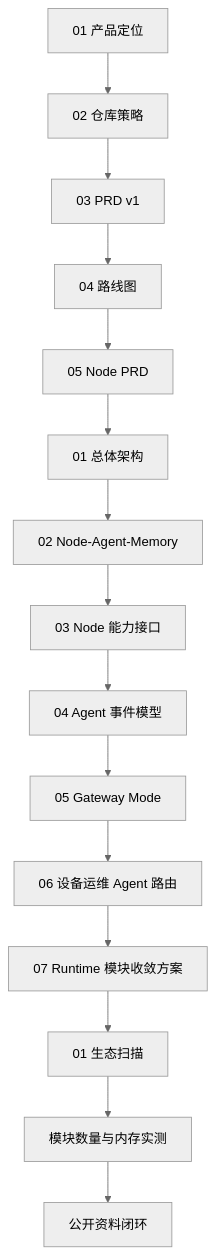
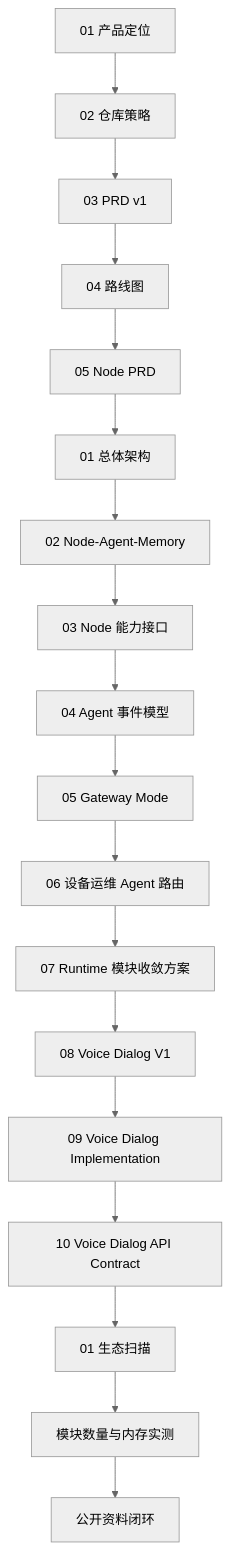
Before and after one commit to LiteChipCloud/qpyclaw: the diagram in docs/product/00-doc-index.md, drawn with Mermaid (neutral theme). The commit also changed other lines of this file and 9 other files, not shown here.

First line of the commit message:
docs: voice dialog architecture, API contract, sidecar deployment config

````diff
--- a/docs/product/00-doc-index.md
+++ b/docs/product/00-doc-index.md
@@ -24,17 +27,20 @@
 ```mermaid
 flowchart TD
   A["01 产品定位"] --> B["02 仓库策略"]
   B --> C["03 PRD v1"]
   C --> D["04 路线图"]
   D --> E["05 Node PRD"]
   E --> F["01 总体架构"]
   F --> G["02 Node-Agent-Memory"]
   G --> H["03 Node 能力接口"]
   H --> I["04 Agent 事件模型"]
   I --> J["05 Gateway Mode"]
   J --> K["06 设备运维 Agent 路由"]
   K --> L["07 Runtime 模块收敛方案"]
-  L --> M["01 生态扫描"]
-  M --> N["模块数量与内存实测"]
-  N --> O["公开资料闭环"]
+  L --> M["08 Voice Dialog V1"]
+  M --> N["09 Voice Dialog Implementation"]
+  N --> O["10 Voice Dialog API Contract"]
+  O --> P["01 生态扫描"]
+  P --> Q["模块数量与内存实测"]
+  Q --> R["公开资料闭环"]
 ```
````
